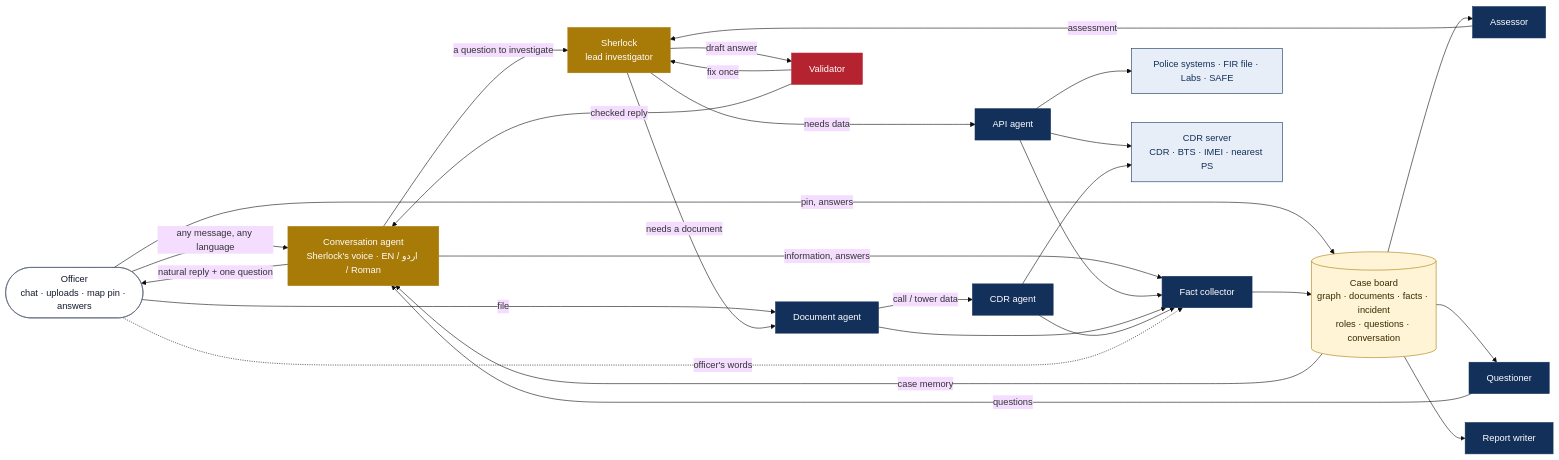
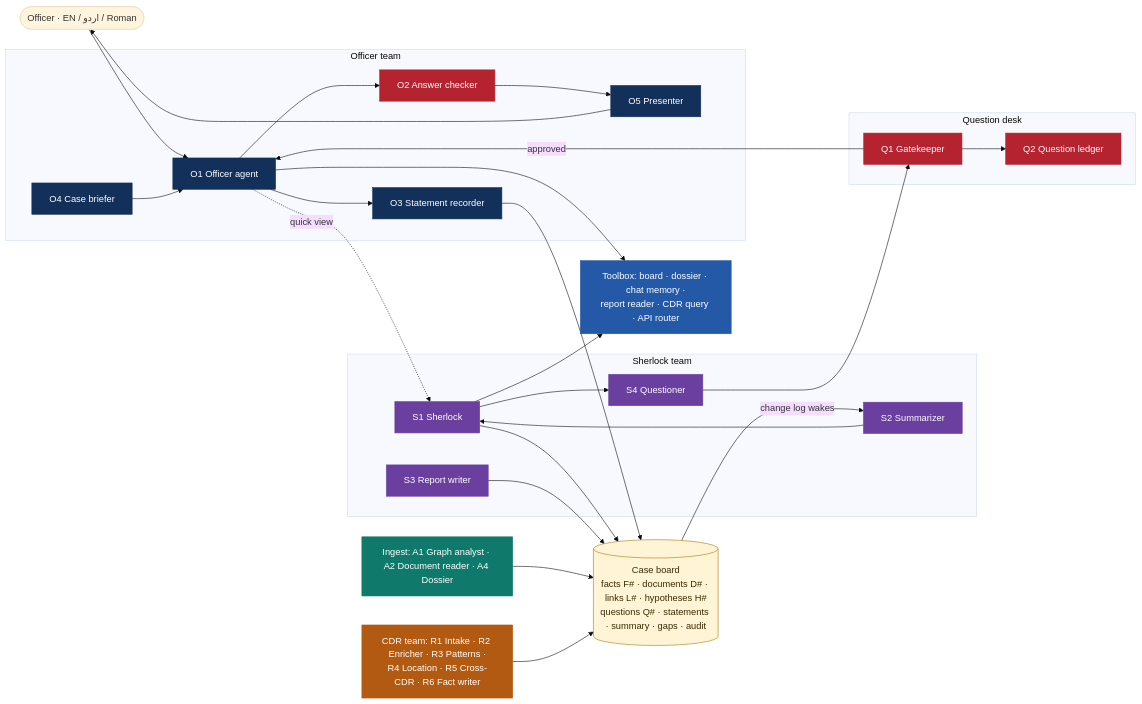
One commit to Ahmed-Raza-Khanzada/Sherlocks-AI-Investigator changed the diagram in docs/SHERLOCK_AGENTS.md. Above: the diagram before and after it, drawn with Mermaid (base theme). The commit also changed other lines of this file and 79 other files, not shown here.

````diff
--- a/docs/SHERLOCK_AGENTS.md
+++ b/docs/SHERLOCK_AGENTS.md
@@ -10,51 +11,46 @@
 ```mermaid
 flowchart LR
-  classDef lead fill:#a87a07,stroke:#a87a07,color:#ffffff
-  classDef spec fill:#12305a,stroke:#12305a,color:#ffffff
-  classDef check fill:#b4232f,stroke:#b4232f,color:#ffffff
+  classDef off fill:#12305a,stroke:#12305a,color:#fff
+  classDef sh fill:#6a3fa0,stroke:#6a3fa0,color:#fff
+  classDef desk fill:#b4232f,stroke:#b4232f,color:#fff
+  classDef tool fill:#2459a8,stroke:#2459a8,color:#fff
   classDef board fill:#fff4d6,stroke:#a87a07,color:#3a2a00
-  classDef ext fill:#e8eef8,stroke:#12305a,color:#12305a
-  classDef you fill:#ffffff,stroke:#5a6478,color:#121a2b
-
-  O(["Officer<br/>chat · uploads · map pin · answers"]):::you
-  CV["Conversation agent<br/>Sherlock's voice · EN / اردو / Roman"]:::lead
-  S["Sherlock<br/>lead investigator"]:::lead
-  API["API agent"]:::spec
-  DOC["Document agent"]:::spec
-  CDR["CDR agent"]:::spec
-  FC["Fact collector"]:::spec
-  AS["Assessor"]:::spec
-  Q["Questioner"]:::spec
-  V["Validator"]:::check
-  RW["Report writer"]:::spec
-  B[("Case board<br/>graph · documents · facts · incident<br/>roles · questions · conversation")]:::board
-  SYS["Police systems · FIR file · Labs · SAFE"]:::ext
-  CDRS["CDR server<br/>CDR · BTS · IMEI · nearest PS"]:::ext
-
-  O -- "any message, any language" --> CV
-  CV -- "a question to investigate" --> S
-  CV -- "information, answers" --> FC
-  B -- "case memory" --> CV
-  O -- "file" --> DOC
-  O -- "pin, answers" --> B
-  S -- "needs data" --> API
-  S -- "needs a document" --> DOC
-  DOC -- "call / tower data" --> CDR
-  API --> SYS
-  API --> CDRS
-  CDR --> CDRS
-  API --> FC
-  DOC --> FC
-  CDR --> FC
-  O -. "officer's words" .-> FC
-  FC --> B
-  B --> AS
-  AS -- "assessment" --> S
-  S -- "draft answer" --> V
-  V -- "fix once" --> S
-  V -- "checked reply" --> CV
-  CV -- "natural reply + one question" --> O
-  B --> Q
-  Q -- "questions" --> CV
-  B --> RW
+  classDef ing fill:#0f7a6c,stroke:#0f7a6c,color:#fff
+  classDef cdr fill:#b35a12,stroke:#b35a12,color:#fff
+  O(["Officer · EN / اردو / Roman"])
+  subgraph OT [Officer team]
+    O1["O1 Officer agent"]:::off
+    O4["O4 Case briefer"]:::off
+    O2["O2 Answer checker"]:::desk
+    O5["O5 Presenter"]:::off
+    O3["O3 Statement recorder"]:::off
+  end
+  subgraph ST [Sherlock team]
+    S1["S1 Sherlock"]:::sh
+    S2["S2 Summarizer"]:::sh
+    S3["S3 Report writer"]:::sh
+    S4["S4 Questioner"]:::sh
+  end
+  subgraph QD [Question desk]
+    Q1["Q1 Gatekeeper"]:::desk
+    Q2["Q2 Question ledger"]:::desk
+  end
+  TB["Toolbox: board · dossier · chat memory ·<br/>report reader · CDR query · API router"]:::tool
+  B[("Case board<br/>facts F# · documents D# · links L# · hypotheses H#<br/>questions Q# · statements · summary · gaps · audit")]:::board
+  ING["Ingest: A1 Graph analyst · A2 Document reader · A4 Dossier"]:::ing
+  CDR["CDR team: R1 Intake · R2 Enricher · R3 Patterns ·<br/>R4 Location · R5 Cross-CDR · R6 Fact writer"]:::cdr
+  O --> O1
+  O4 --> O1
+  O1 --> TB
+  O1 -. "quick view" .-> S1
+  O1 --> O2 --> O5 --> O
+  O1 --> O3 --> B
+  S4 --> Q1 --> Q2
+  Q1 -- "approved" --> O1
+  S1 --> TB
+  B -- "change log wakes" --> S2 --> S1 --> S4
+  S1 --> B
+  S3 --> B
+  ING --> B
+  CDR --> B
 ```
````
